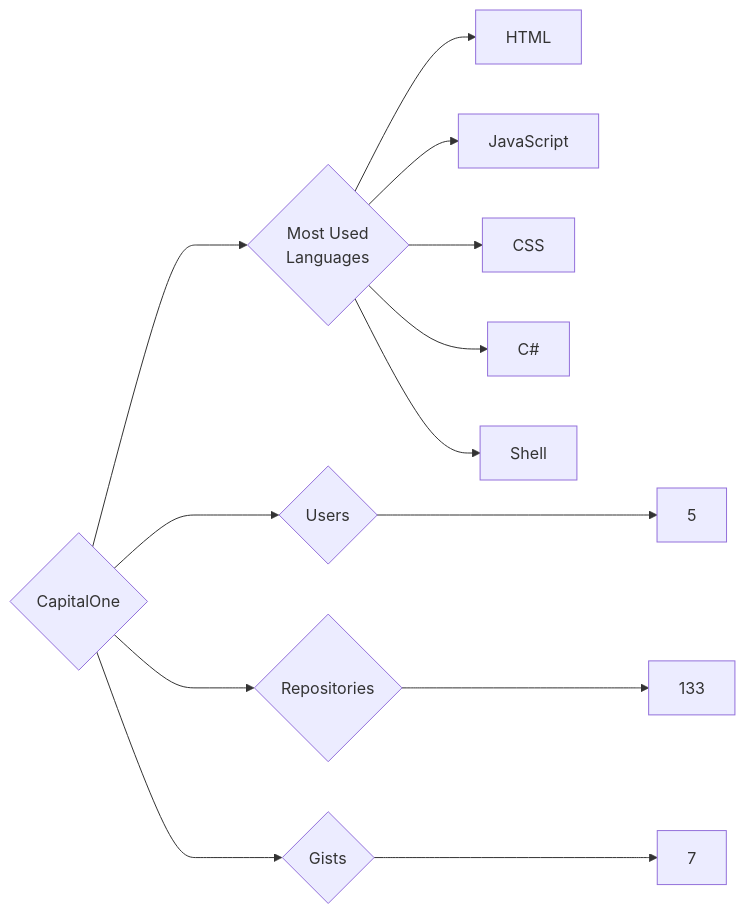
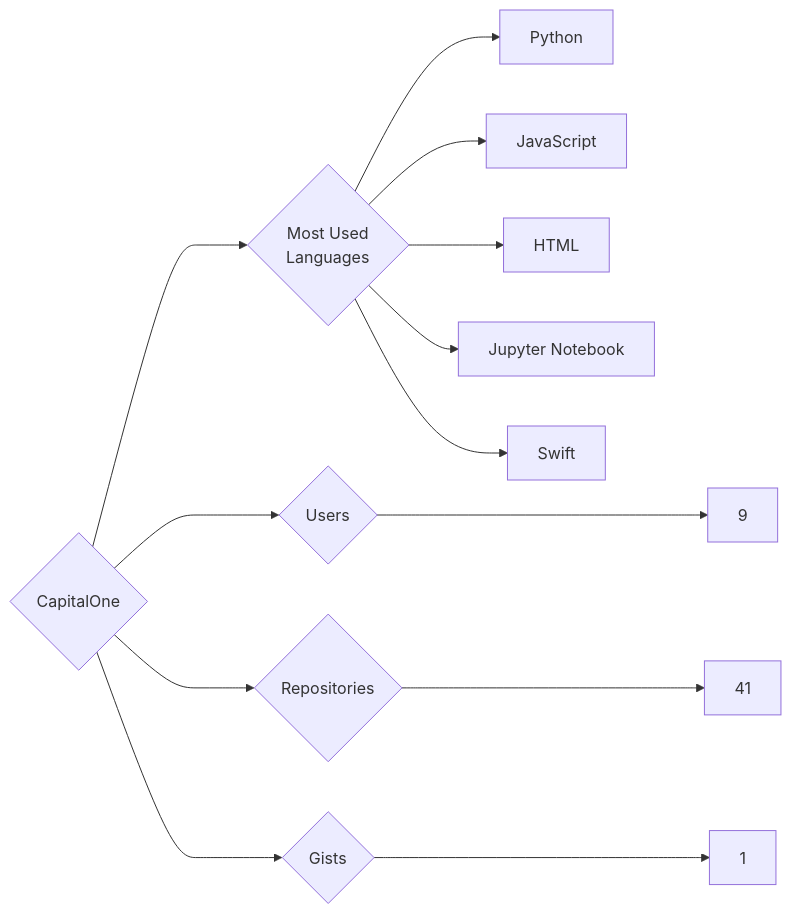
One commit to trickest/insiders changed the diagram in targets/CapitalOne/README.md. Above: the diagram before and after it, drawn with Mermaid. The commit also changed 985 other files, not shown here.

````diff
--- a/targets/CapitalOne/README.md
+++ b/targets/CapitalOne/README.md
@@ -3,13 +3,13 @@
 ```mermaid
 graph LR
 COMPANY_NAME{CapitalOne}
-COMPANY_NAME ---> U{Users} ---> UN[5]
-COMPANY_NAME ---> R{Repositories} ---> RN[133]
-COMPANY_NAME ---> G{Gists} ---> GN[7]
+COMPANY_NAME ---> U{Users} ---> UN[9]
+COMPANY_NAME ---> R{Repositories} ---> RN[41]
+COMPANY_NAME ---> G{Gists} ---> GN[1]
 COMPANY_NAME ---> ML{Most Used<br>Languages}
+ML --> Python[Python]
+ML --> JavaScript[JavaScript]
 ML --> HTML[HTML]
-ML --> JavaScript[JavaScript]
-ML --> CSS[CSS]
-ML --> C#[C#]
-ML --> Shell[Shell]
+ML --> Jupyter_Notebook[Jupyter Notebook]
+ML --> Swift[Swift]
 ```
````
